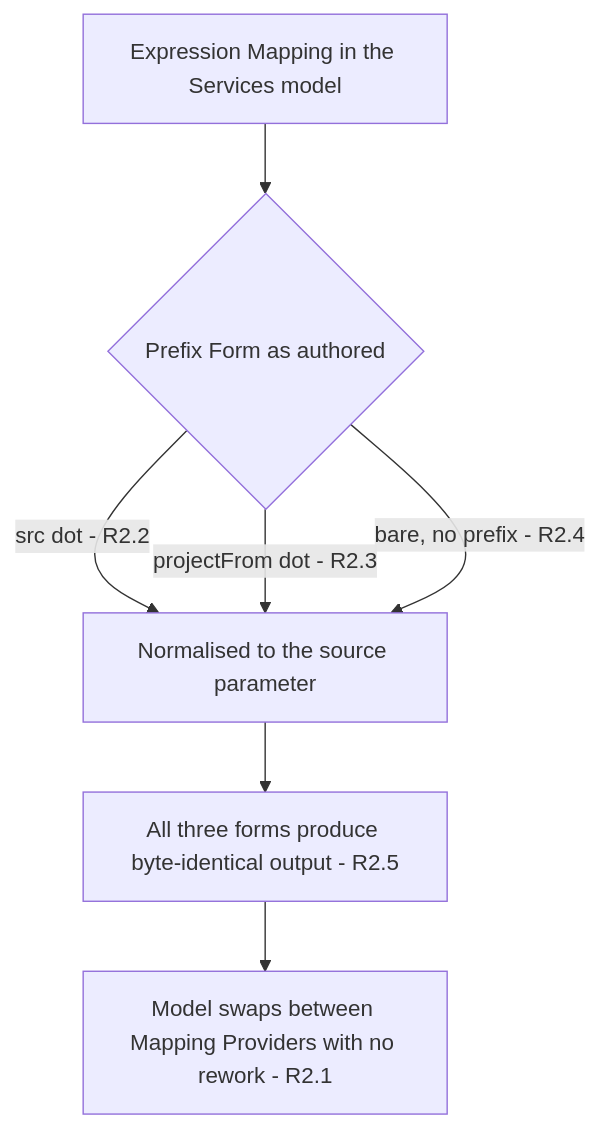
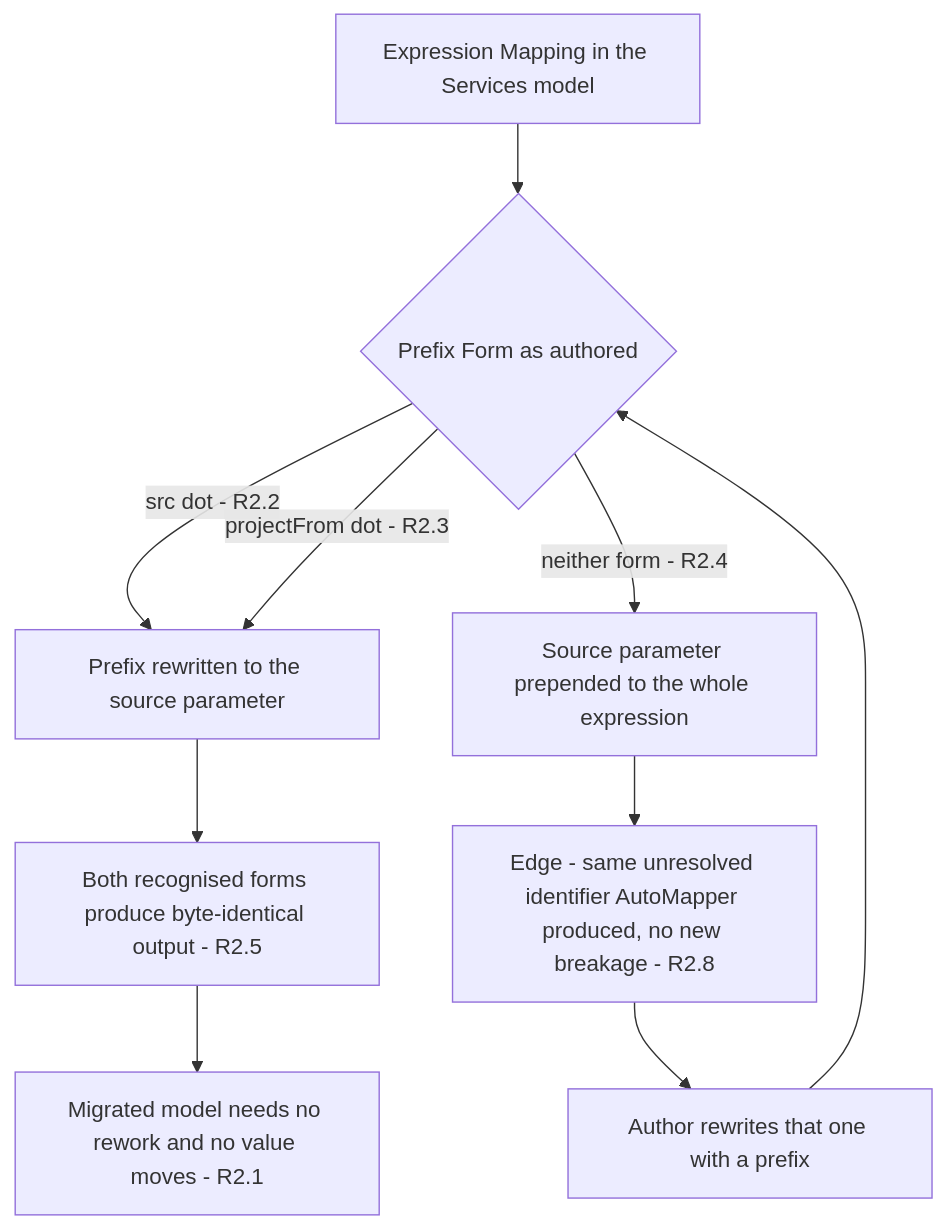
One commit to IntentArchitect/Intent.Modules.NET changed the third of 5 diagrams in intent/.specs/object-mapper-hardening/requirements.mdx. Above: the diagram before and after it, drawn with Mermaid. The commit also changed other lines of this file and 2 other files, not shown here.

Commit message:
Clarify Expression Mapping prefix handling and update hardening spec to require AutoMapper-equivalent output for src.-authored mappings

````diff
--- a/intent/.specs/object-mapper-hardening/requirements.mdx
+++ b/intent/.specs/object-mapper-hardening/requirements.mdx
@@ -77,9 +77,12 @@
 ```mermaid
 flowchart TD
   A[Expression Mapping in the Services model] --> B{Prefix Form as authored}
-  B -->|src dot - R2.2| C[Normalised to the source parameter]
+  B -->|src dot - R2.2| C[Prefix rewritten to the source parameter]
   B -->|projectFrom dot - R2.3| C
-  B -->|bare, no prefix - R2.4| C
-  C --> D[All three forms produce byte-identical output - R2.5]
-  D --> E[Model swaps between Mapping Providers with no rework - R2.1]
+  C --> D[Both recognised forms produce byte-identical output - R2.5]
+  D --> E[Migrated model needs no rework and no value moves - R2.1]
+  B -->|neither form - R2.4| F[Source parameter prepended to the whole expression]
+  F --> G[Edge - same unresolved identifier AutoMapper produced, no new breakage - R2.8]
+  G --> H[Author rewrites that one with a prefix]
+  H --> B
 ```
````
